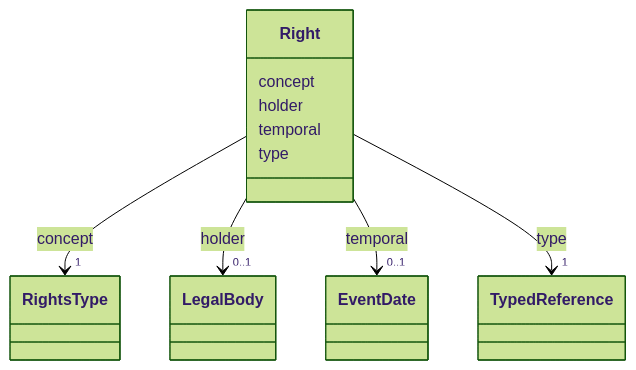
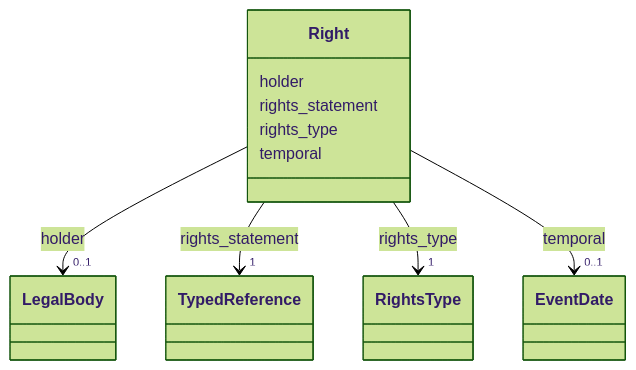
The diagram in docs/Right.md (arqtrad/schema), drawn with Mermaid (forest theme) before and after one commit. The commit also changed other lines of this file and 215 other files, not shown here.

````diff
--- a/docs/Right.md
+++ b/docs/Right.md
@@ -25,50 +33,50 @@
 ```mermaid
  classDiagram
     class Right
     click Right href "../Right/"
-      Right : concept
-
-
-
-
-
-        Right --> "1" RightsType : concept
-        click RightsType href "../RightsType/"
-
-
-
       Right : holder
-
-
-
-
-
+        
+          
+    
+        
+        
         Right --> "0..1" LegalBody : holder
         click LegalBody href "../LegalBody/"
+    
 
+        
+      Right : rights_statement
+        
+          
+    
+        
+        
+        Right --> "1" TypedReference : rights_statement
+        click TypedReference href "../TypedReference/"
+    
 
+        
+      Right : rights_type
+        
+          
+    
+        
+        
+        Right --> "1" RightsType : rights_type
+        click RightsType href "../RightsType/"
+    
 
+        
       Right : temporal
-
-
-
-
-
+        
+          
+    
+        
+        
         Right --> "0..1" EventDate : temporal
         click EventDate href "../EventDate/"
+    
 
-
-
-      Right : type
-
-
-
-
-
-        Right --> "1" TypedReference : type
-        click TypedReference href "../TypedReference/"
-
-
-
-
+        
+      
 ```
````
